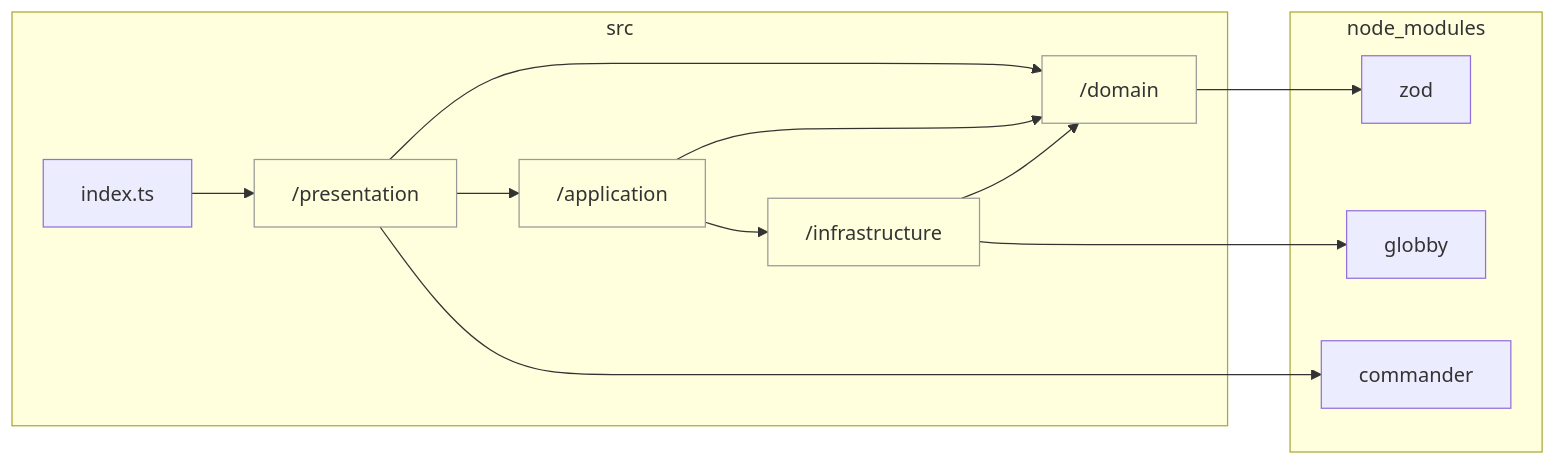
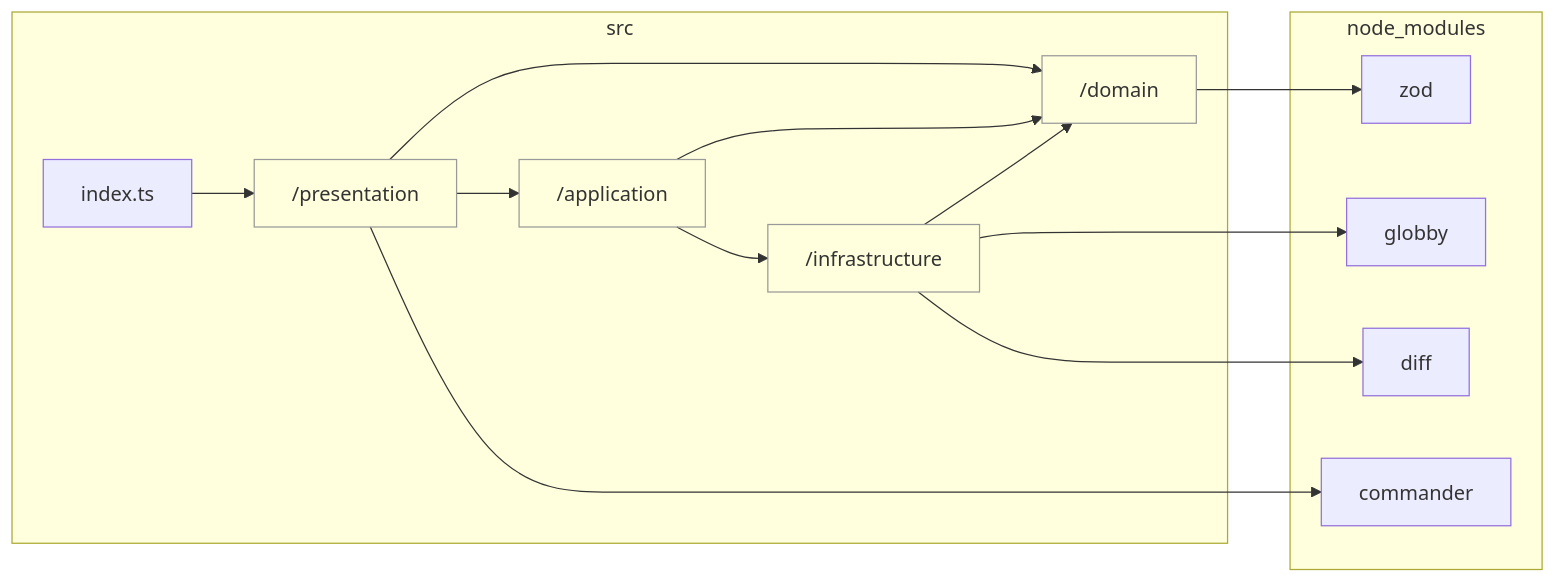
One commit to sugurutakahashi-1234/readme-i18n-sentinel changed the diagram in docs/reports/dependencies/layers.md. Above: the diagram before and after it, drawn with Mermaid. The commit also changed 5 other files, not shown here.

````diff
--- a/docs/reports/dependencies/layers.md
+++ b/docs/reports/dependencies/layers.md
@@ -7,25 +7,27 @@
 ```mermaid
 flowchart LR
     classDef dir fill:#0000,stroke:#999
     subgraph src["src"]
         src/domain["/domain"]:::dir
         src/infrastructure["/infrastructure"]:::dir
         src/application["/application"]:::dir
         src/presentation["/presentation"]:::dir
         src/index.ts["index.ts"]
     end
     subgraph node//modules["node_modules"]
         node//modules/zod/index.d.cts["zod"]
         node//modules/globby/index.d.ts["globby"]
+        node//modules/diff/libcjs/index.d.ts["diff"]
         node//modules/commander/typings/index.d.ts["commander"]
     end
     src/domain-->node//modules/zod/index.d.cts
     src/infrastructure-->node//modules/globby/index.d.ts
     src/infrastructure-->src/domain
     src/application-->src/domain
     src/application-->src/infrastructure
+    src/infrastructure-->node//modules/diff/libcjs/index.d.ts
     src/presentation-->node//modules/commander/typings/index.d.ts
     src/presentation-->src/application
     src/presentation-->src/domain
     src/index.ts-->src/presentation
 ```
````
